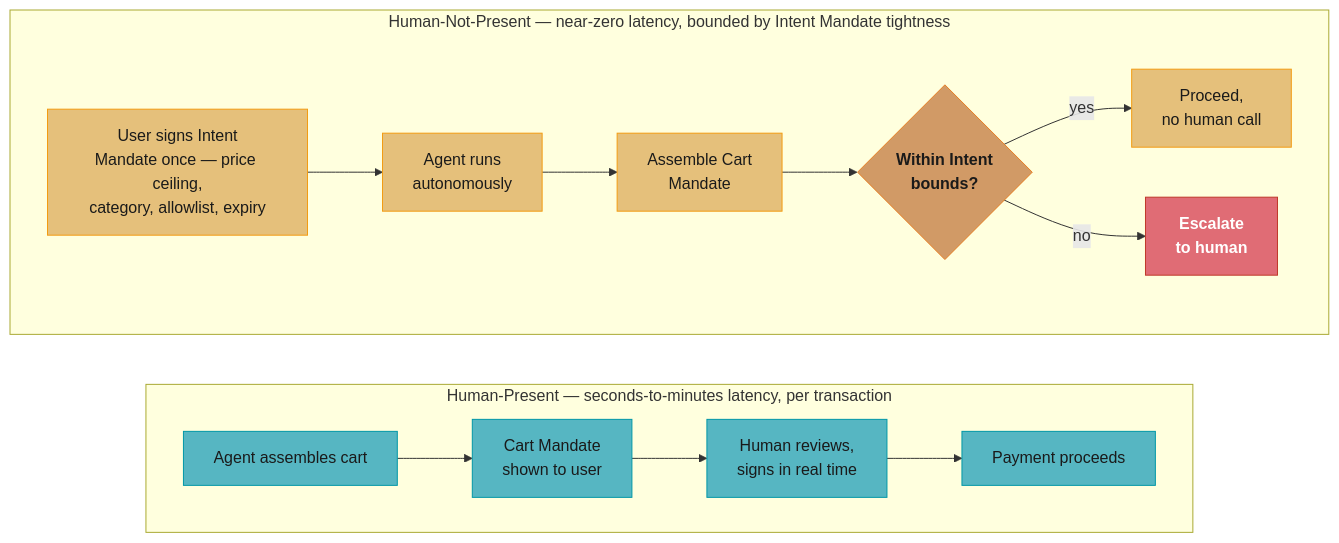
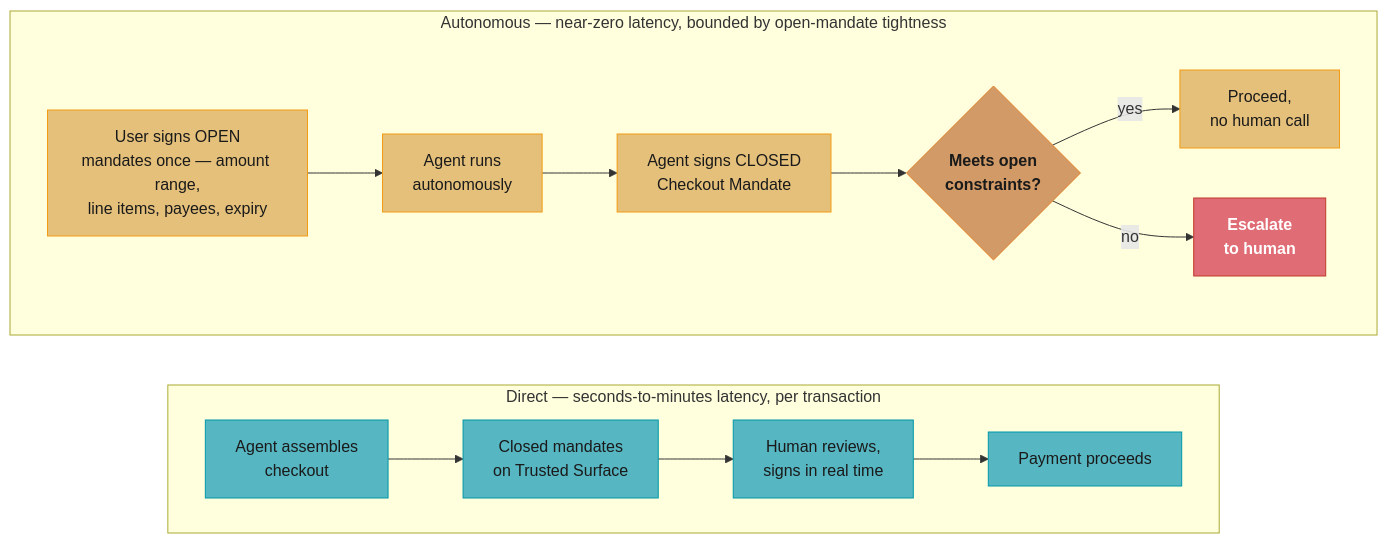
Before and after one commit to rppol/system-design: the third of 4 diagrams in src/main/java/com/rutik/systemdesign/llm/multi_agent_systems/agentic_commerce_and_payments.md, drawn with Mermaid. The commit also changed other lines of this file, not shown here.

````diff
--- a/src/main/java/com/rutik/systemdesign/llm/multi_agent_systems/agentic_commerce_and_payments.md
+++ b/src/main/java/com/rutik/systemdesign/llm/multi_agent_systems/agentic_commerce_and_payments.md
@@ -251,24 +286,24 @@
 ```mermaid
 flowchart LR
     classDef req    fill:#56b6c2,stroke:#0097a7,color:#1a1a1a
     classDef base   fill:#e5c07b,stroke:#f39c12,color:#1a1a1a
     classDef mathOp fill:#d19a66,stroke:#e67e22,color:#1a1a1a,font-weight:bold
     classDef lossN  fill:#e06c75,stroke:#c0392b,color:#fff,font-weight:bold
 
-    subgraph HP["Human-Present — seconds-to-minutes latency, per transaction"]
+    subgraph HP["Direct — seconds-to-minutes latency, per transaction"]
         direction LR
-        hp1["Agent assembles cart"] --> hp2["Cart Mandate<br/>shown to user"] --> hp3["Human reviews,<br/>signs in real time"] --> hp4["Payment proceeds"]
+        hp1["Agent assembles<br/>checkout"] --> hp2["Closed mandates<br/>on Trusted Surface"] --> hp3["Human reviews,<br/>signs in real time"] --> hp4["Payment proceeds"]
     end
 
-    subgraph HNP["Human-Not-Present — near-zero latency, bounded by Intent Mandate tightness"]
+    subgraph HNP["Autonomous — near-zero latency, bounded by open-mandate tightness"]
         direction LR
-        hnp1["User signs Intent<br/>Mandate once — price ceiling,<br/>category, allowlist, expiry"] --> hnp2["Agent runs<br/>autonomously"] --> hnp3["Assemble Cart<br/>Mandate"] --> hnp4{"Within Intent<br/>bounds?"}
+        hnp1["User signs OPEN<br/>mandates once — amount range,<br/>line items, payees, expiry"] --> hnp2["Agent runs<br/>autonomously"] --> hnp3["Agent signs CLOSED<br/>Checkout Mandate"] --> hnp4{"Meets open<br/>constraints?"}
         hnp4 -->|"yes"| hnp5["Proceed,<br/>no human call"]
         hnp4 -->|"no"| hnp6["Escalate<br/>to human"]
     end
 
     class hp1,hp2,hp3,hp4 req
     class hnp1,hnp2,hnp3,hnp5 base
     class hnp4 mathOp
     class hnp6 lossN
 ```
````
